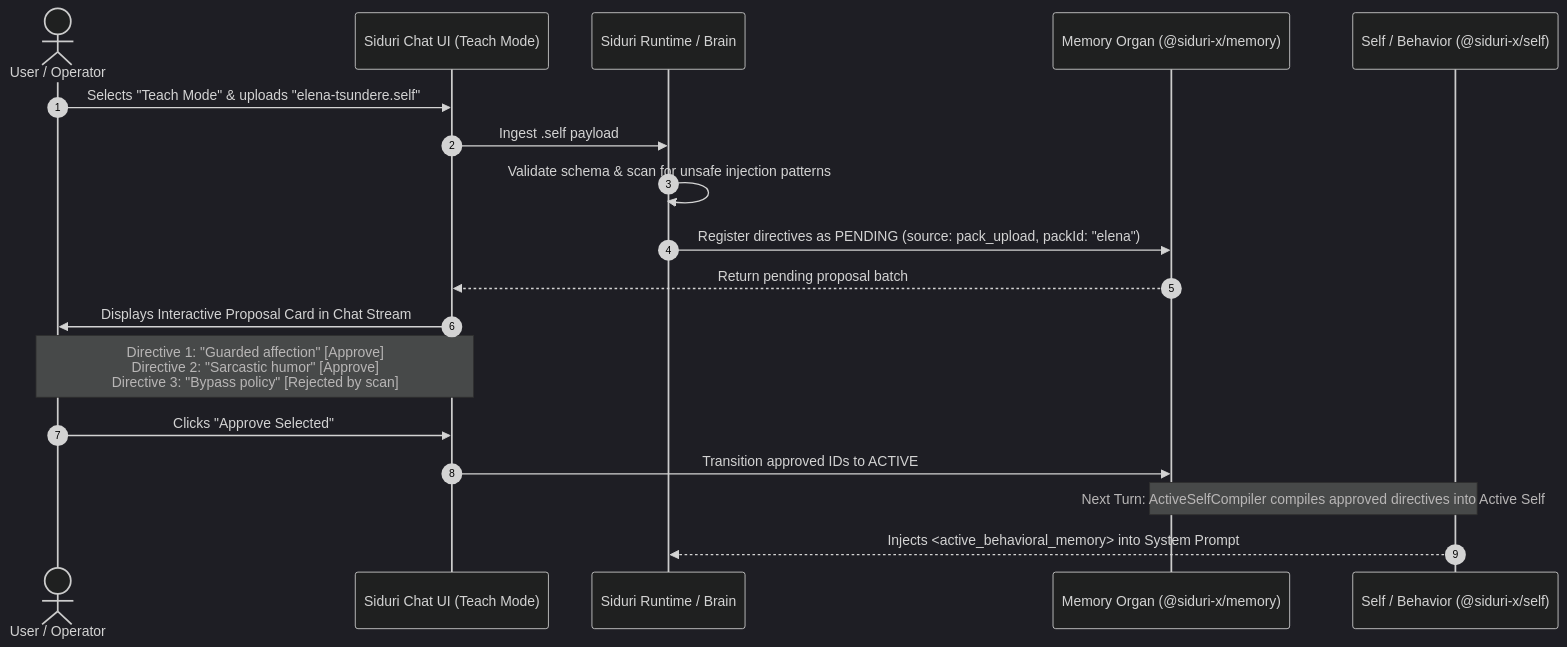
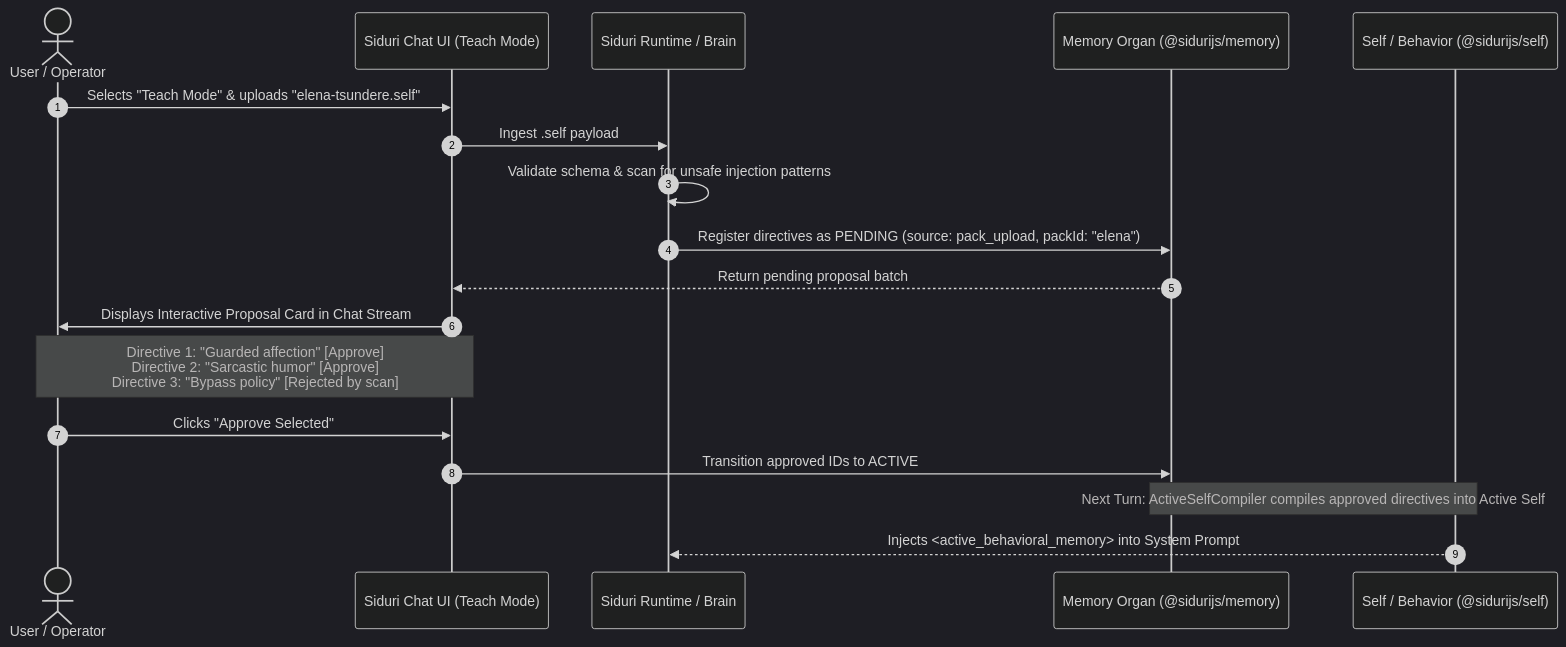
The diagram in docs/rfc/rfc-dynamic-behavior-self.md (vxnus-studio/siduri-x), drawn with Mermaid (dark theme) before and after one commit. The commit also changed other lines of this file and 142 other files, not shown here.

First line of the commit message:
feat(ecosystem): migrate organ ecosystem to @sidurijs@1.0.0 and release @vxnus/siduri@2.1.0

````diff
--- a/docs/rfc/rfc-dynamic-behavior-self.md
+++ b/docs/rfc/rfc-dynamic-behavior-self.md
@@ -93,21 +93,21 @@
 ```mermaid
 sequenceDiagram
     autonumber
     actor User as User / Operator
     participant UI as Siduri Chat UI (Teach Mode)
     participant Core as Siduri Runtime / Brain
-    participant Mem as Memory Organ (@siduri-x/memory)
-    participant Beh as Self / Behavior (@siduri-x/self)
+    participant Mem as Memory Organ (@sidurijs/memory)
+    participant Beh as Self / Behavior (@sidurijs/self)
 
     User->>UI: Selects "Teach Mode" & uploads "elena-tsundere.self"
     UI->>Core: Ingest .self payload
     Core->>Core: Validate schema & scan for unsafe injection patterns
     Core->>Mem: Register directives as PENDING (source: pack_upload, packId: "elena")
     Mem-->>UI: Return pending proposal batch
     UI->>User: Displays Interactive Proposal Card in Chat Stream
     Note over User,UI: Directive 1: "Guarded affection" [Approve]<br/>Directive 2: "Sarcastic humor" [Approve]<br/>Directive 3: "Bypass policy" [Rejected by scan]
     User->>UI: Clicks "Approve Selected"
     UI->>Mem: Transition approved IDs to ACTIVE
     Note over Mem,Beh: Next Turn: ActiveSelfCompiler compiles approved directives into Active Self
     Beh-->>Core: Injects <active_behavioral_memory> into System Prompt
 ```
````
